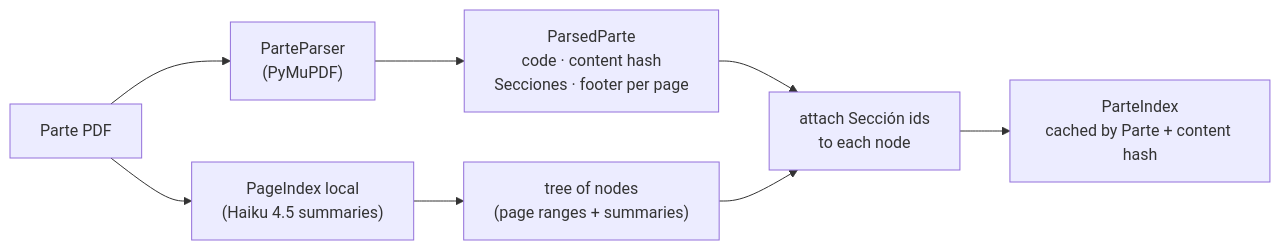
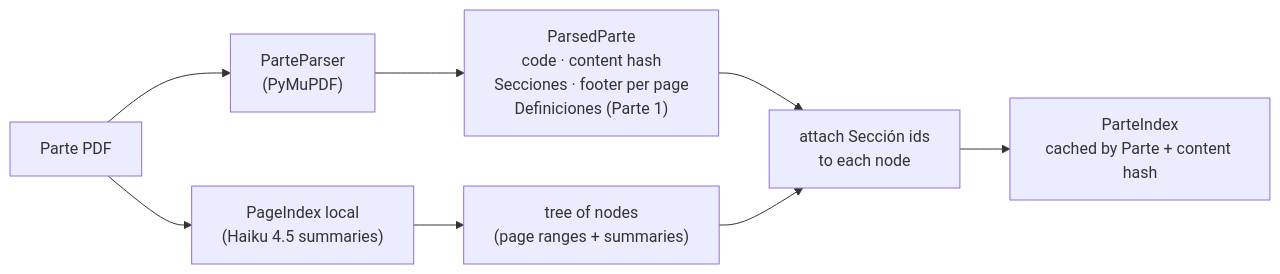
The diagram in docs/diagrams/indexing.mmd (Guernik/raac-rag), drawn with Mermaid before and after one commit. The commit also changed 19 other files, not shown here.

First line of the commit message:
feat: attach Parte 1 Definiciones as citable context

```diff
--- a/docs/diagrams/indexing.mmd
+++ b/docs/diagrams/indexing.mmd
@@ -1,8 +1,8 @@
 flowchart LR
     pdf["Parte PDF"] --> parse["ParteParser<br/>(PyMuPDF)"]
-    parse --> pp["ParsedParte<br/>code · content hash<br/>Secciones · footer per page"]
+    parse --> pp["ParsedParte<br/>code · content hash<br/>Secciones · footer per page<br/>Definiciones (Parte 1)"]
     pdf --> pi["PageIndex local<br/>(Haiku 4.5 summaries)"]
     pi --> tree["tree of nodes<br/>(page ranges + summaries)"]
     pp --> attach["attach Sección ids<br/>to each node"]
     tree --> attach
     attach --> idx["ParteIndex<br/>cached by Parte + content hash"]
```
